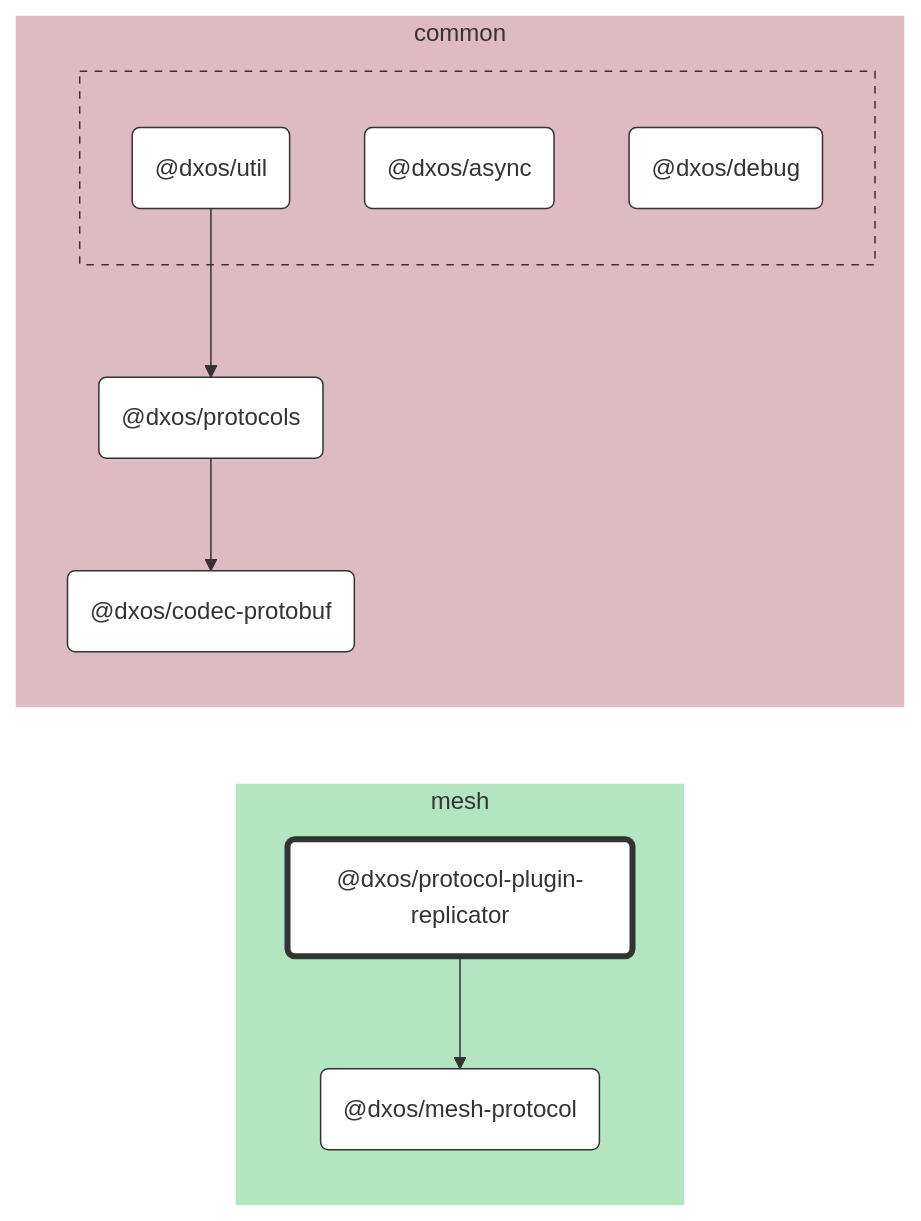
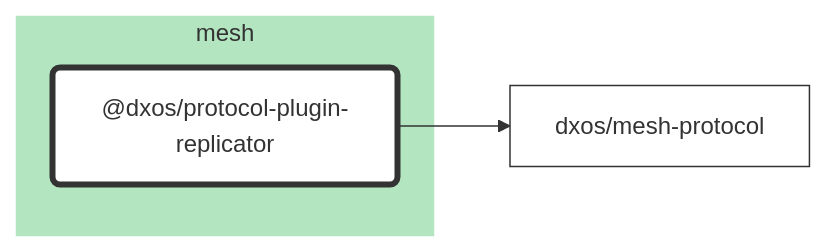
The diagram in packages/mesh/protocol-plugin-replicator/docs/README.md (dxos/dxos), drawn with Mermaid before and after one commit. The commit also changed 84 other files, not shown here.

````diff
--- a/packages/mesh/protocol-plugin-replicator/docs/README.md
+++ b/packages/mesh/protocol-plugin-replicator/docs/README.md
@@ -7,56 +7,21 @@
 ```mermaid
 %%{ init: {'flowchart':{'curve':'basis'}} }%%
 
 flowchart LR
 
-%% Links
-dxos/protocol-plugin-replicator --> dxos/mesh-protocol;
-dxos/protocols --> dxos/codec-protobuf;
-dxos/util --> dxos/protocols;
+%% Classes
+classDef default fill:#fff,stroke:#333,stroke-width:1px
+classDef root fill:#fff,stroke:#333,stroke-width:4px
 
-%% Sections
-subgraph mesh
-  style mesh fill:#b3e6c0,stroke:#fff;
+%% Nodes
 
-  dxos/mesh-protocol("@dxos/mesh-protocol")
-  dxos/protocol-plugin-replicator("@dxos/protocol-plugin-replicator")
+subgraph mesh [mesh]
+  style mesh fill:#b3e6c0,stroke:#fff
+  dxos/protocol-plugin-replicator("@dxos/protocol-plugin-replicator"):::root
+  click dxos/protocol-plugin-replicator "dxos/dxos/tree/main/packages/mesh/protocol-plugin-replicator/docs"
 end
 
-subgraph common
-  style common fill:#debac2,stroke:#fff;
-
-  dxos/codec-protobuf("@dxos/codec-protobuf")
-  dxos/protocols("@dxos/protocols")
-
-  subgraph common-excluded [ ]
-    style common-excluded fill:#debac2,stroke:#333,stroke-dasharray:5 5;
-
-    dxos/async("@dxos/async")
-    dxos/debug("@dxos/debug")
-    dxos/util("@dxos/util")
-  end
-end
-
-
-%% Hyperlinks
-click dxos/async "dxos/dxos/tree/main/packages/common/async/docs";
-click dxos/codec-protobuf "dxos/dxos/tree/main/packages/common/codec-protobuf/docs";
-click dxos/debug "dxos/dxos/tree/main/packages/common/debug/docs";
-click dxos/mesh-protocol "dxos/dxos/tree/main/packages/mesh/mesh-protocol/docs";
-click dxos/protocols "dxos/dxos/tree/main/packages/common/protocols/docs";
-click dxos/util "dxos/dxos/tree/main/packages/common/util/docs";
-
-%% Styles
-classDef rootNode fill:#fff,stroke:#333,stroke-width:4px
-classDef defaultNode fill:#fff,stroke:#333,stroke-width:1px
+%% Links
 linkStyle default stroke:#333,stroke-width:1px
-
-dxos/protocol-plugin-replicator:::rootNode
-
-dxos/async:::defaultNode
-dxos/codec-protobuf:::defaultNode
-dxos/debug:::defaultNode
-dxos/mesh-protocol:::defaultNode
-dxos/protocols:::defaultNode
-dxos/util:::defaultNode
+dxos/protocol-plugin-replicator --> dxos/mesh-protocol
 ```
````
